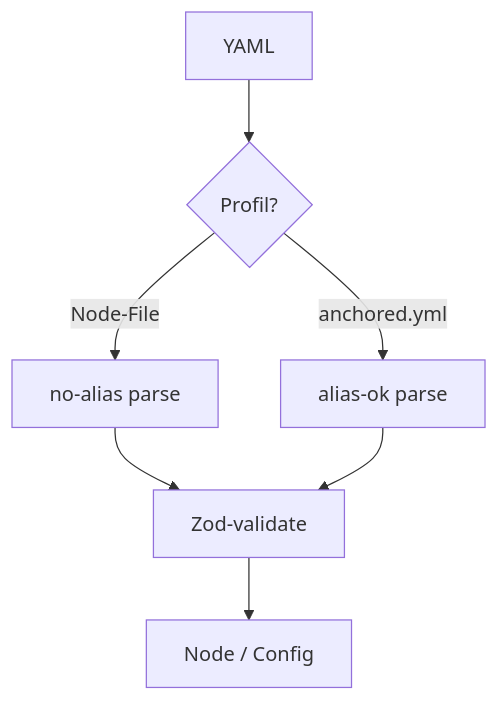
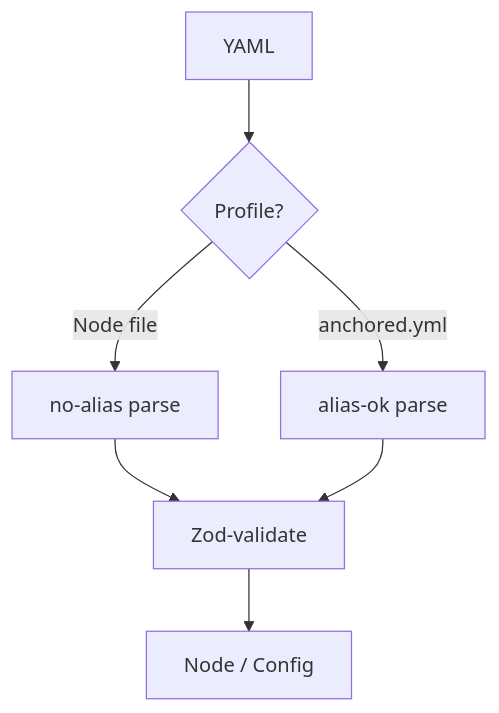
Before and after one commit to chafoo/anchored: the diagram in docs/core/parser/parse.md, drawn with Mermaid. The commit also changed other lines of this file and 131 other files, not shown here.

````diff
--- a/docs/core/parser/parse.md
+++ b/docs/core/parser/parse.md
@@ -19,9 +18,9 @@
 ```mermaid
 flowchart TB
-    in["YAML"] --> prof{"Profil?"}
-    prof -->|Node-File| na["no-alias parse"]
+    in["YAML"] --> prof{"Profile?"}
+    prof -->|Node file| na["no-alias parse"]
     prof -->|anchored.yml| al["alias-ok parse"]
     na --> v["Zod-validate"]
     al --> v
     v --> node["Node / Config"]
 ```
````
